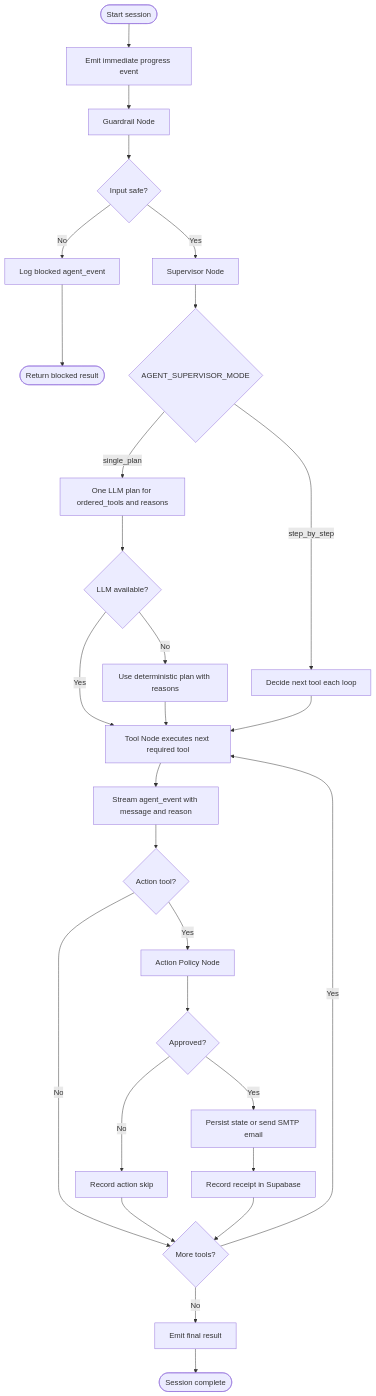
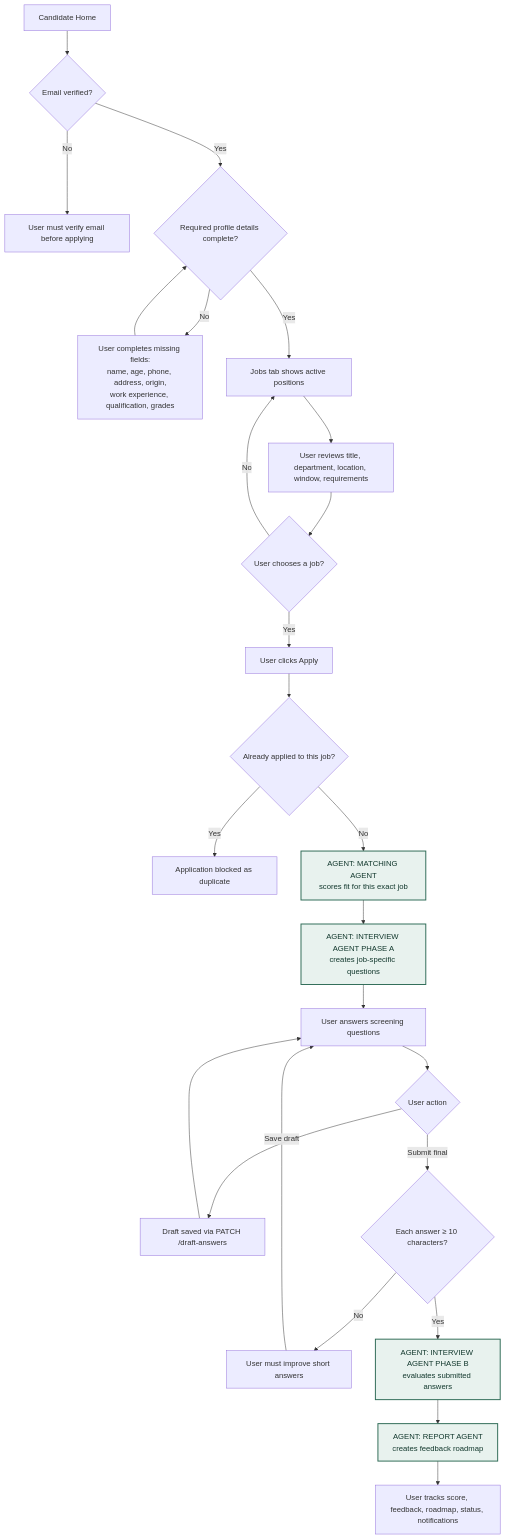
One commit to Xiaoming0313883/404-Brain-Not-Found-Recruiter changed the fifth of 6 diagrams in README.md. Above: the diagram before and after it, drawn with Mermaid. The commit also changed other lines of this file, not shown here.

Commit message:
Implement feature X to enhance user experience and optimize performance

````diff
--- a/README.md
+++ b/README.md
@@ -168,32 +680,30 @@
 ```mermaid
 flowchart TD
-    Start(["Start session"]) --> FirstEvent["Emit immediate progress event"]
-    FirstEvent --> Guardrail["Guardrail Node"]
-    Guardrail --> Safe{"Input safe?"}
-    Safe -->|No| Block["Log blocked agent_event"]
-    Block --> StopBlocked(["Return blocked result"])
+    A["Candidate Home"] --> B{"Email verified?"}
+    B -->|No| B1["User must verify email before applying"]
+    B -->|Yes| C{"Required profile details complete?"}
+    C -->|No| C1["User completes missing fields:\nname, age, phone, address, origin,\nwork experience, qualification, grades"]
+    C1 --> C
+    C -->|Yes| D["Jobs tab shows active positions"]
+    D --> E["User reviews title, department, location, window, requirements"]
+    E --> F{"User chooses a job?"}
+    F -->|No| D
+    F -->|Yes| G["User clicks Apply"]
+    G --> H{"Already applied to this job?"}
+    H -->|Yes| H1["Application blocked as duplicate"]
+    H -->|No| I["AGENT: MATCHING AGENT\nscores fit for this exact job"]
+    I --> J["AGENT: INTERVIEW AGENT PHASE A\ncreates job-specific questions"]
+    J --> K["User answers screening questions"]
+    K --> L{"User action"}
+    L -->|Save draft| M["Draft saved via PATCH /draft-answers"]
+    M --> K
+    L -->|Submit final| N{"Each answer ≥ 10 characters?"}
+    N -->|No| N1["User must improve short answers"]
+    N1 --> K
+    N -->|Yes| O["AGENT: INTERVIEW AGENT PHASE B\nevaluates submitted answers"]
+    O --> P["AGENT: REPORT AGENT\ncreates feedback roadmap"]
+    P --> Q["User tracks score, feedback, roadmap, status, notifications"]
 
-    Safe -->|Yes| Plan["Supervisor Node"]
-    Plan --> Mode{"AGENT_SUPERVISOR_MODE"}
-    Mode -->|single_plan| OnePlan["One LLM plan for ordered_tools and reasons"]
-    Mode -->|step_by_step| StepPlan["Decide next tool each loop"]
-    OnePlan --> Fallback{"LLM available?"}
-    Fallback -->|No| Deterministic["Use deterministic plan with reasons"]
-    Fallback -->|Yes| Execute
-    Deterministic --> Execute
-    StepPlan --> Execute
-
-    Execute["Tool Node executes next required tool"] --> EmitTool["Stream agent_event with message and reason"]
-    EmitTool --> PolicyCheck{"Action tool?"}
-    PolicyCheck -->|No| More{"More tools?"}
-    PolicyCheck -->|Yes| Policy["Action Policy Node"]
-    Policy --> Approved{"Approved?"}
-    Approved -->|No| RecordSkip["Record action skip"]
-    Approved -->|Yes| DoAction["Persist state or send SMTP email"]
-    DoAction --> Receipt["Record receipt in Supabase"]
-    RecordSkip --> More
-    Receipt --> More
-    More -->|Yes| Execute
-    More -->|No| Final["Emit final result"]
-    Final --> End(["Session complete"])
+    classDef agent fill:#e8f2ee,stroke:#2d6a55,stroke-width:2px,color:#12382d;
+    class I,J,O,P agent;
 ```
````
